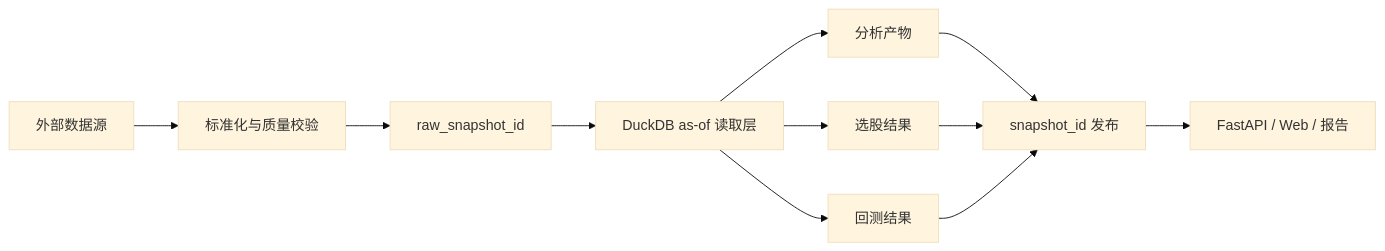
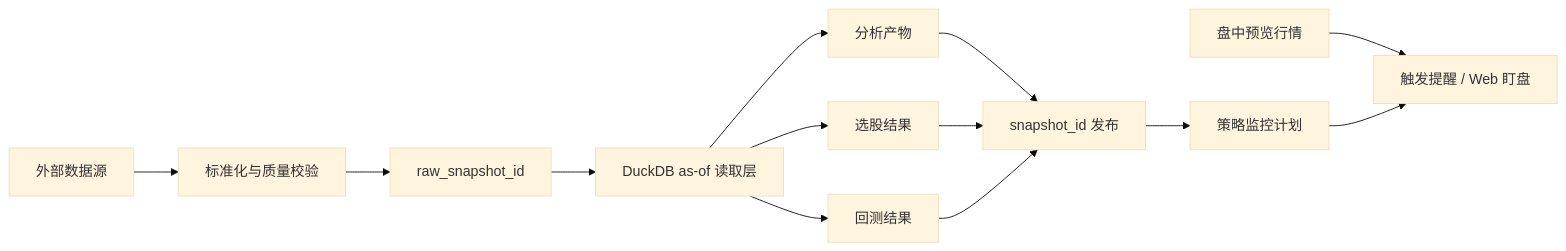
Before and after one commit to Carpon39038/QuantA: the diagram in ARCHITECTURE.md, drawn with Mermaid (base theme). The commit also changed other lines of this file and 10 other files, not shown here.

````diff
--- a/ARCHITECTURE.md
+++ b/ARCHITECTURE.md
@@ -108,13 +110,15 @@
 ```mermaid
 flowchart LR
     A["外部数据源"] --> B["标准化与质量校验"]
     B --> C["raw_snapshot_id"]
     C --> D["DuckDB as-of 读取层"]
     D --> E["分析产物"]
     D --> F["选股结果"]
     D --> G["回测结果"]
     E --> H["snapshot_id 发布"]
     F --> H
     G --> H
-    H --> I["FastAPI / Web / 报告"]
+    H --> I["策略监控计划"]
+    L["盘中预览行情"] --> K["触发提醒 / Web 盯盘"]
+    I --> K
 ```
````
